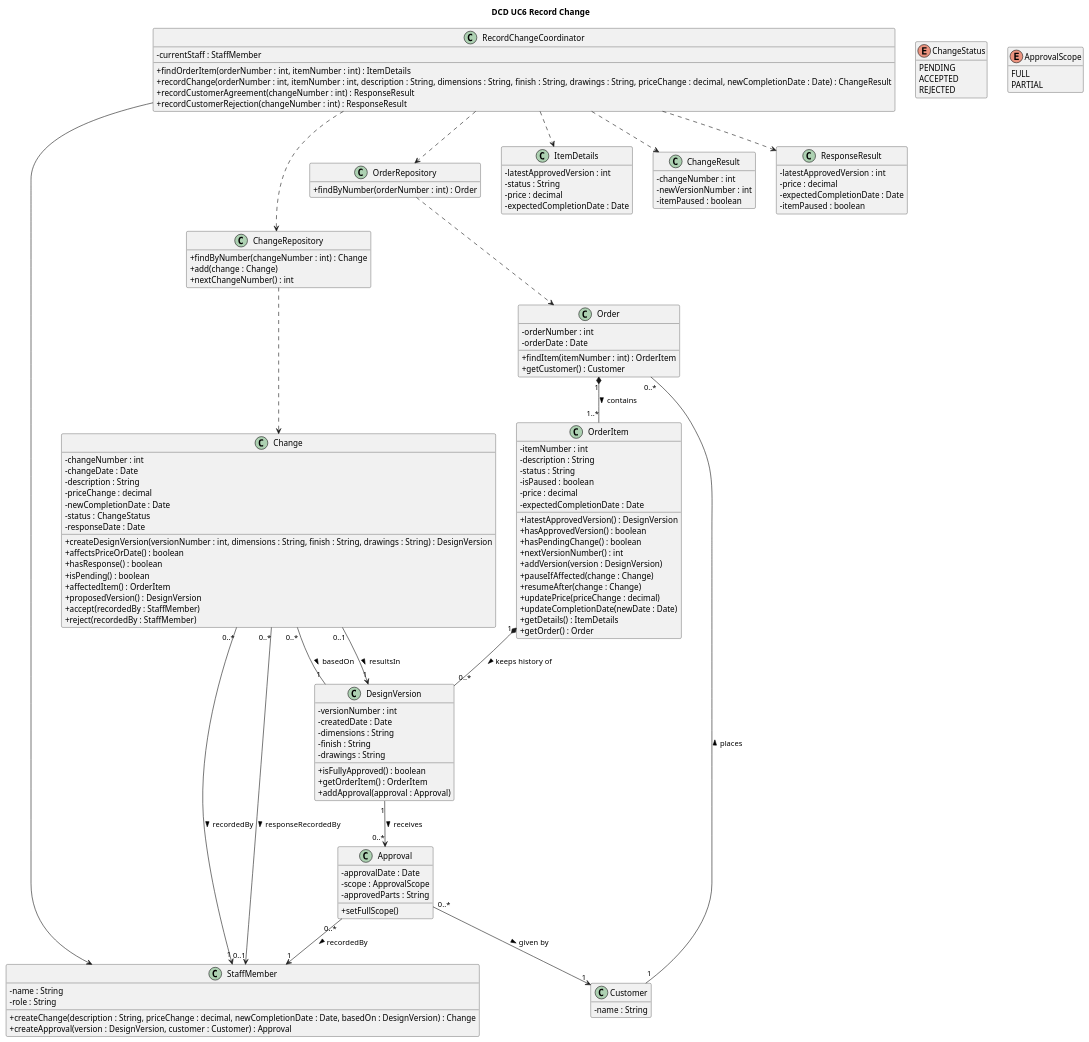
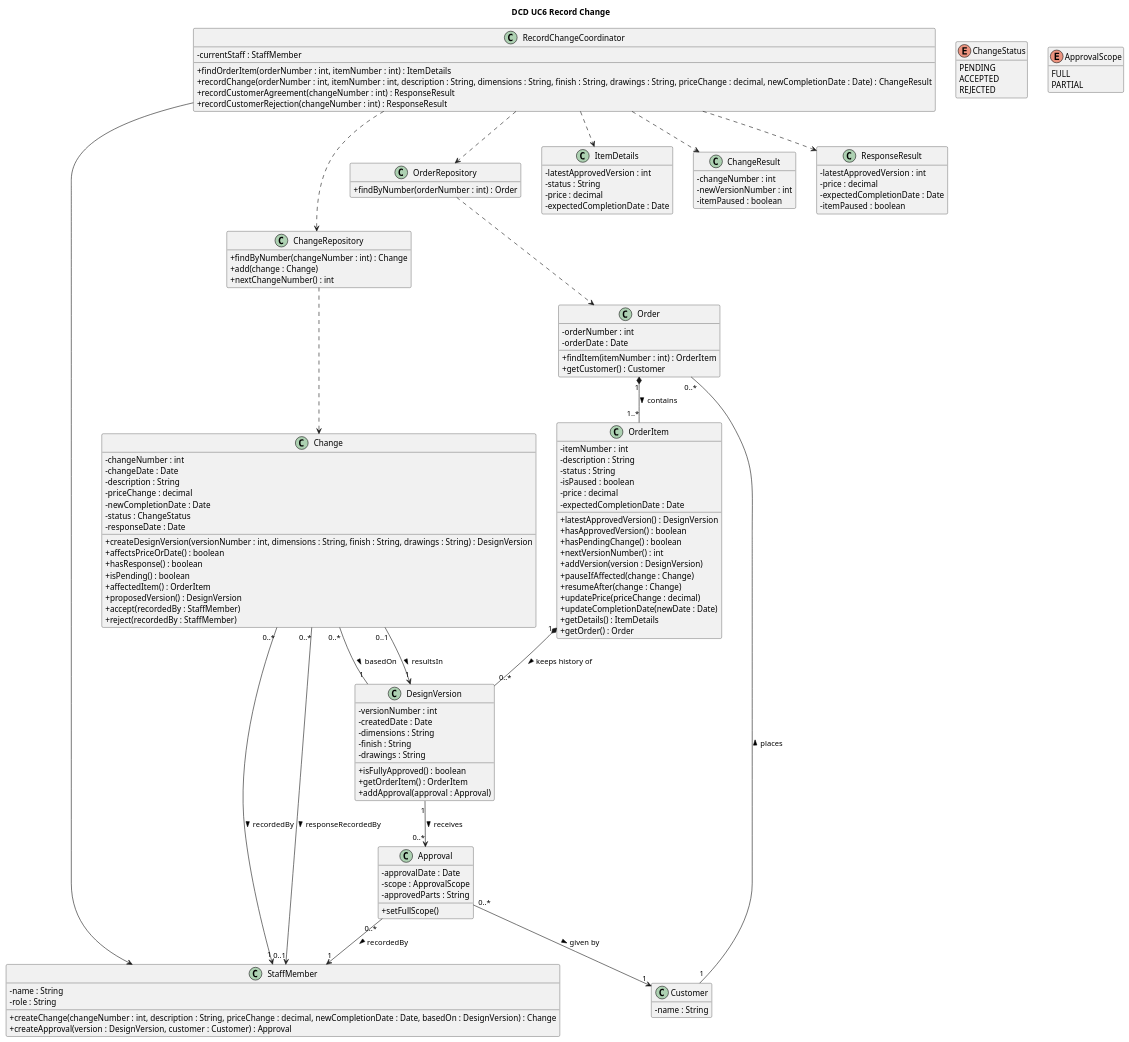
One commit to Ahmad-1031/OOAD_CA2 changed the diagram in dcd-uc6-record-change.puml. Above: the diagram before and after it, drawn with PlantUML. The commit also changed 6 other files, not shown here.

```diff
--- a/dcd-uc6-record-change.puml
+++ b/dcd-uc6-record-change.puml
@@ -1,150 +1,150 @@
 @startuml DCD-uc6-record-change
 title DCD UC6 Record Change
 hide empty members
 skinparam classAttributeIconSize 0
 
 class RecordChangeCoordinator {
   - currentStaff : StaffMember
   + findOrderItem(orderNumber : int, itemNumber : int) : ItemDetails
   + recordChange(orderNumber : int, itemNumber : int, description : String, dimensions : String, finish : String, drawings : String, priceChange : decimal, newCompletionDate : Date) : ChangeResult
   + recordCustomerAgreement(changeNumber : int) : ResponseResult
   + recordCustomerRejection(changeNumber : int) : ResponseResult
 }
 
 class OrderRepository {
   + findByNumber(orderNumber : int) : Order
 }
 
 class ChangeRepository {
   + findByNumber(changeNumber : int) : Change
   + add(change : Change)
   + nextChangeNumber() : int
 }
 
 class Order {
   - orderNumber : int
   - orderDate : Date
   + findItem(itemNumber : int) : OrderItem
   + getCustomer() : Customer
 }
 
 class OrderItem {
   - itemNumber : int
   - description : String
   - status : String
   - isPaused : boolean
   - price : decimal
   - expectedCompletionDate : Date
   + latestApprovedVersion() : DesignVersion
   + hasApprovedVersion() : boolean
   + hasPendingChange() : boolean
   + nextVersionNumber() : int
   + addVersion(version : DesignVersion)
   + pauseIfAffected(change : Change)
   + resumeAfter(change : Change)
   + updatePrice(priceChange : decimal)
   + updateCompletionDate(newDate : Date)
   + getDetails() : ItemDetails
   + getOrder() : Order
 }
 
 class DesignVersion {
   - versionNumber : int
   - createdDate : Date
   - dimensions : String
   - finish : String
   - drawings : String
   + isFullyApproved() : boolean
   + getOrderItem() : OrderItem
   + addApproval(approval : Approval)
 }
 
 class Change {
   - changeNumber : int
   - changeDate : Date
   - description : String
   - priceChange : decimal
   - newCompletionDate : Date
   - status : ChangeStatus
   - responseDate : Date
   + createDesignVersion(versionNumber : int, dimensions : String, finish : String, drawings : String) : DesignVersion
   + affectsPriceOrDate() : boolean
   + hasResponse() : boolean
   + isPending() : boolean
   + affectedItem() : OrderItem
   + proposedVersion() : DesignVersion
   + accept(recordedBy : StaffMember)
   + reject(recordedBy : StaffMember)
 }
 
 class Approval {
   - approvalDate : Date
   - scope : ApprovalScope
   - approvedParts : String
   + setFullScope()
 }
 
 class StaffMember {
   - name : String
   - role : String
-  + createChange(description : String, priceChange : decimal, newCompletionDate : Date, basedOn : DesignVersion) : Change
+  + createChange(changeNumber : int, description : String, priceChange : decimal, newCompletionDate : Date, basedOn : DesignVersion) : Change
   + createApproval(version : DesignVersion, customer : Customer) : Approval
 }
 
 class Customer {
   - name : String
 }
 
 class ItemDetails {
   - latestApprovedVersion : int
   - status : String
   - price : decimal
   - expectedCompletionDate : Date
 }
 
 class ChangeResult {
   - changeNumber : int
   - newVersionNumber : int
   - itemPaused : boolean
 }
 
 class ResponseResult {
   - latestApprovedVersion : int
   - price : decimal
   - expectedCompletionDate : Date
   - itemPaused : boolean
 }
 
 enum ChangeStatus {
   PENDING
   ACCEPTED
   REJECTED
 }
 
 enum ApprovalScope {
   FULL
   PARTIAL
 }
 
 RecordChangeCoordinator ..> OrderRepository
 RecordChangeCoordinator ..> ChangeRepository
 RecordChangeCoordinator --> StaffMember
 RecordChangeCoordinator ..> ItemDetails
 RecordChangeCoordinator ..> ChangeResult
 RecordChangeCoordinator ..> ResponseResult
 
 OrderRepository ..> Order
 ChangeRepository ..> Change
 
 Customer "1" -- "0..*" Order : places >
 Order "1" *-- "1..*" OrderItem : contains >
 OrderItem "1" *-- "0..*" DesignVersion : keeps history of >
 DesignVersion "1" --> "0..*" Approval : receives >
 Approval "0..*" --> "1" Customer : given by >
 Approval "0..*" --> "1" StaffMember : recordedBy >
 Change "0..*" -- "1" DesignVersion : basedOn >
 Change "0..1" --> "1" DesignVersion : resultsIn >
 Change "0..*" --> "1" StaffMember : recordedBy >
 Change "0..*" --> "0..1" StaffMember : responseRecordedBy >
 
 @enduml
```
